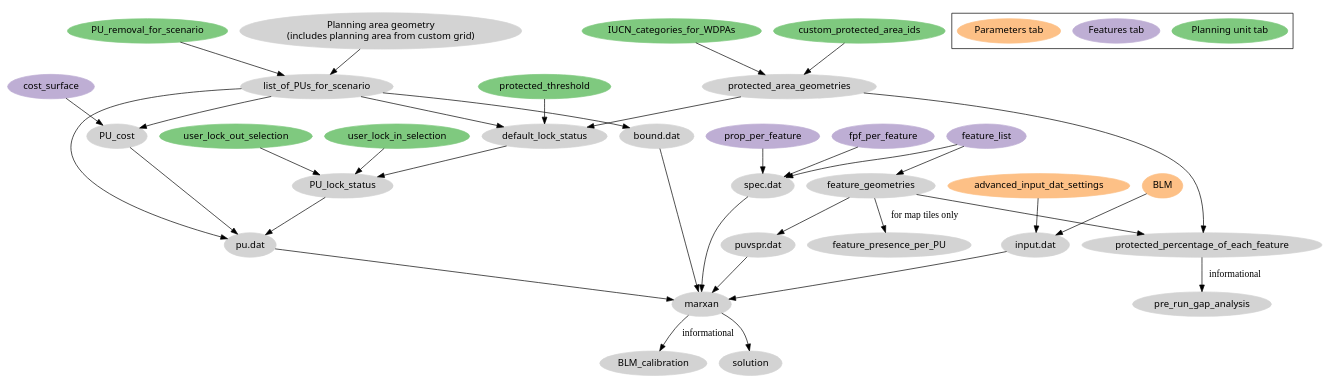
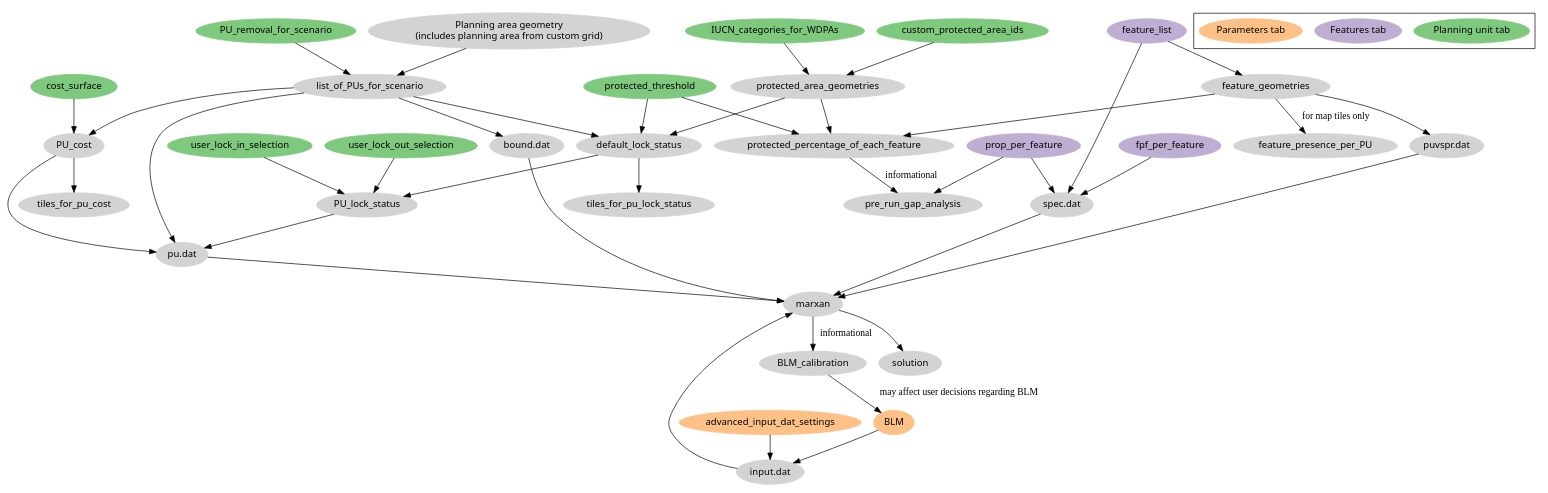
The diagram in data/notebooks/Lab/data-dependencies/current.dot (Vizzuality/marxan-cloud), drawn with Graphviz before and after one commit. The commit also changed 1 other file, not shown here.

Commit message:
update data dependency graph

```diff
--- a/data/notebooks/Lab/data-dependencies/current.dot
+++ b/data/notebooks/Lab/data-dependencies/current.dot
@@ -1,85 +1,93 @@
 digraph G {
   node [fontname=sans; style=filled; color=lightgrey;];
   pu_dat [label="pu.dat"]
   spec_dat [label="spec.dat"]
   puvspr_dat [label="puvspr.dat"]
   bound_dat [label="bound.dat"]
   input_dat [label="input.dat"]
 
   subgraph cluster_legend {
     planning_unit_tab  [color="/accent7/1", label="Planning unit tab"]
     features_tab  [color="/accent7/2", label="Features tab"]
     parameters_tab  [color="/accent7/3", label="Parameters tab"]
   }
 
   subgraph marxan_flow {
   user_lock_in_selection [color="/accent7/1"]
   user_lock_out_selection [color="/accent7/1"]
 
   IUCN_categories_for_WDPAs [color="/accent7/1"]
   custom_protected_area_ids [color="/accent7/1"]
   protected_threshold [color="/accent7/1"]
   PU_removal_for_scenario [color="/accent7/1"]
 
-  cost_surface [color="/accent7/2"]
+  cost_surface [color="/accent7/1"]
   feature_list [color="/accent7/2"]
   fpf_per_feature [color="/accent7/2"]
   prop_per_feature [color="/accent7/2"]
 
   advanced_input_dat_settings [color="/accent7/3"]
   BLM [color="/accent7/3"]
 
+  default_lock_status -> tiles_for_pu_lock_status
+  PU_cost -> tiles_for_pu_cost
+
   IUCN_categories_for_WDPAs -> protected_area_geometries
   custom_protected_area_ids -> protected_area_geometries
 
   protected_area_geometries -> default_lock_status // also PU protected status
   protected_threshold -> default_lock_status
+  protected_threshold -> protected_percentage_of_each_feature
   list_of_PUs_for_scenario -> default_lock_status
+
+  prop_per_feature -> pre_run_gap_analysis
 
   protected_area_geometries -> protected_percentage_of_each_feature
   // @check if this is persisted
   protected_percentage_of_each_feature -> pre_run_gap_analysis [label="informational"]
 
   feature_list -> feature_geometries
   feature_geometries -> puvspr_dat
   feature_list -> spec_dat
   prop_per_feature -> spec_dat // @todo avoid geo recalculations
   fpf_per_feature -> spec_dat // @todo avoid geo recalculations
 
   feature_geometries -> feature_presence_per_PU [label="for map tiles only"]
   feature_geometries -> protected_percentage_of_each_feature
 
   default_lock_status -> PU_lock_status
   user_lock_in_selection -> PU_lock_status
   user_lock_out_selection -> PU_lock_status
   PU_lock_status -> pu_dat
 
   planning_area_geometry [label="Planning area geometry\n(includes planning area from custom grid)"]
   planning_area_geometry -> list_of_PUs_for_scenario
   PU_removal_for_scenario -> list_of_PUs_for_scenario
 
   list_of_PUs_for_scenario -> PU_cost
 
   cost_surface -> PU_cost
 
   list_of_PUs_for_scenario -> bound_dat
   list_of_PUs_for_scenario -> pu_dat
   PU_cost -> pu_dat
 
   pu_dat -> marxan
   puvspr_dat -> marxan
   spec_dat -> marxan
   bound_dat -> marxan
   BLM -> input_dat
   input_dat -> marxan
   advanced_input_dat_settings -> input_dat
 
   // check
   // removal of PUs - at scenario level only?
   // (for us: treatment of scenarios with different sets of PUs when comparing 2 scenarios)
   // if allowing to remove PUs at scenario level, caching of pairwise boundary lengths needs to be rethought
 
   marxan -> BLM_calibration [label="informational"]
   marxan -> solution
+
+  BLM_calibration -> BLM [label="may affect user decisions regarding BLM"]
   }
 }
```
